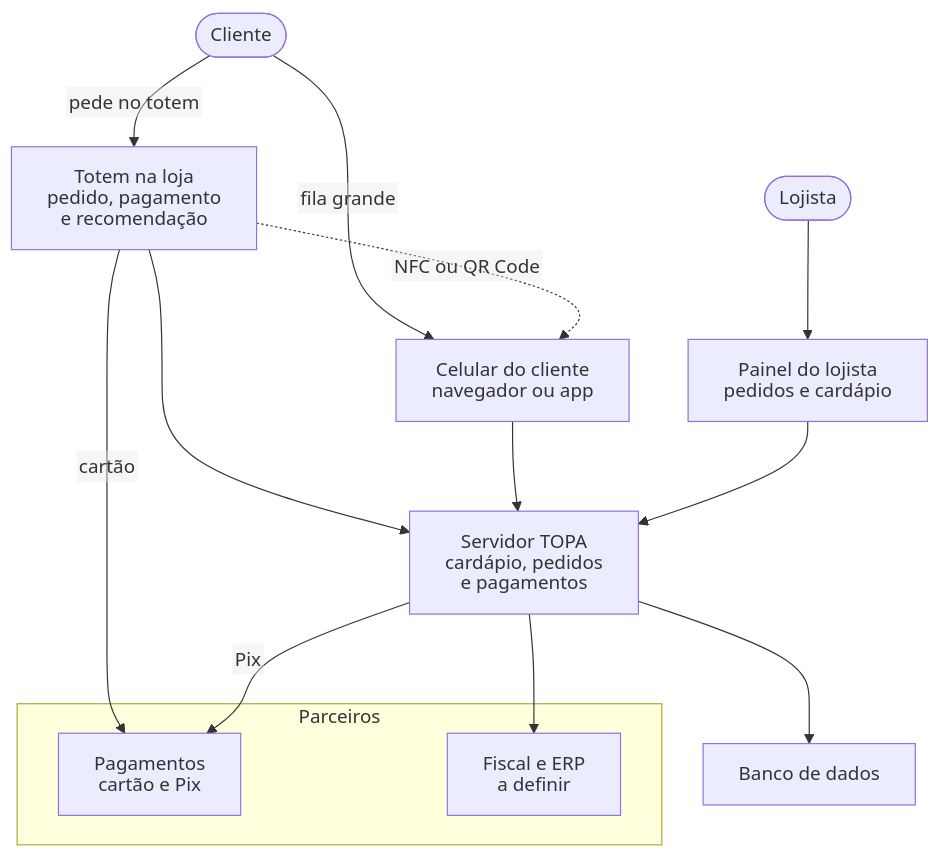
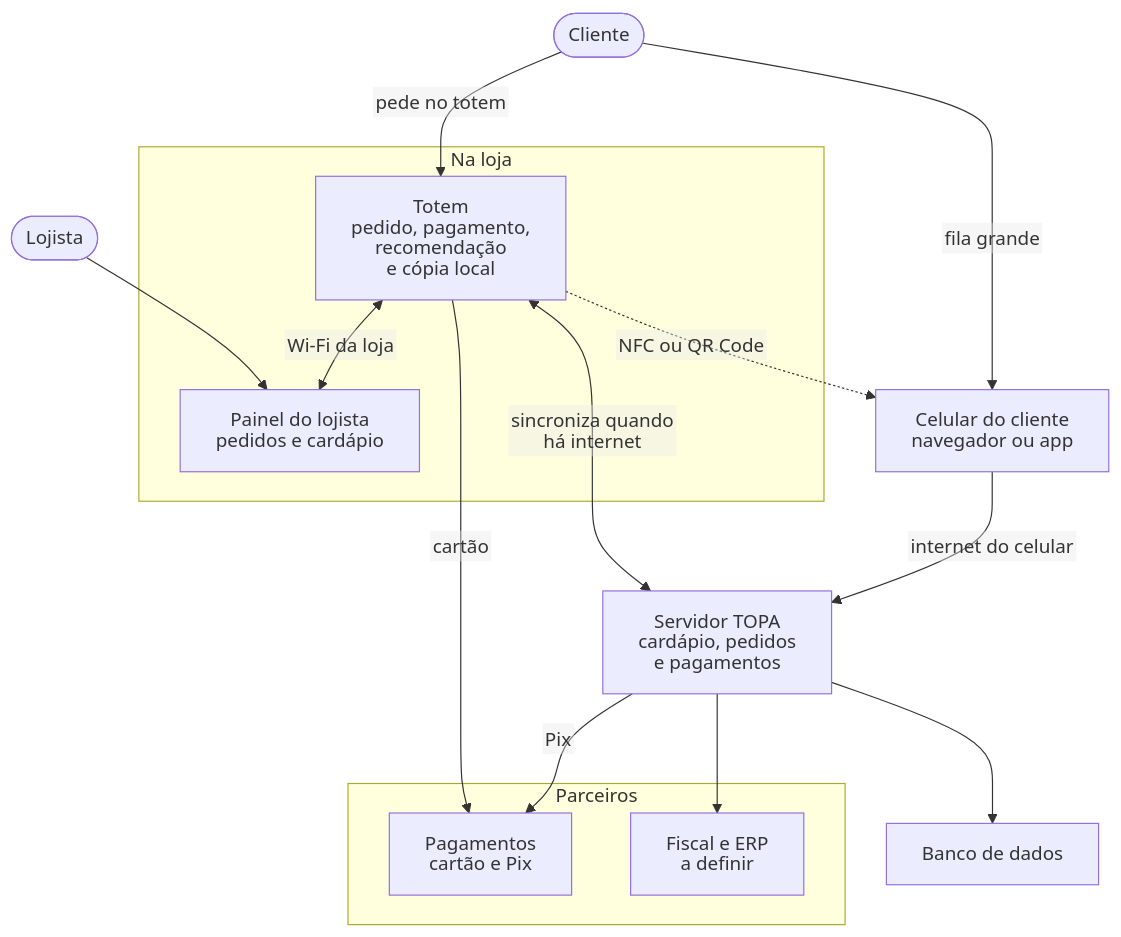
Before and after one commit to kaualimadesouza/EI: the diagram in README.md, drawn with Mermaid. The commit also changed other lines of this file and 1 other file, not shown here.

Commit message:
docs: show how the store keeps selling without internet

````diff
--- a/README.md
+++ b/README.md
@@ -66,32 +66,35 @@
 ```mermaid
 %%{init: {"htmlLabels": false, "flowchart": {"htmlLabels": false}}}%%
 flowchart TB
     cliente(["Cliente"])
     lojista(["Lojista"])
 
-    totem["Totem na loja<br/>pedido, pagamento<br/>e recomendação"]
+    subgraph loja["Na loja"]
+        totem["Totem<br/>pedido, pagamento,<br/>recomendação<br/>e cópia local"]
+        painel["Painel do lojista<br/>pedidos e cardápio"]
+    end
+
     celular["Celular do cliente<br/>navegador ou app"]
-    painel["Painel do lojista<br/>pedidos e cardápio"]
 
     servidor["Servidor TOPA<br/>cardápio, pedidos<br/>e pagamentos"]
     banco["Banco de dados"]
 
     subgraph parceiros["Parceiros"]
         pagamentos["Pagamentos<br/>cartão e Pix"]
         fiscal["Fiscal e ERP<br/>a definir"]
     end
 
     cliente -- "pede no totem" --> totem
     cliente -- "fila grande" --> celular
     totem -. "NFC ou QR Code" .-> celular
     lojista --> painel
 
-    totem --> servidor
-    celular --> servidor
-    painel --> servidor
+    totem <-- "Wi-Fi da loja" --> painel
+    totem <-- "sincroniza quando<br/>há internet" --> servidor
+    celular -- "internet do celular" --> servidor
     servidor --> banco
 
     totem -- "cartão" --> pagamentos
     servidor -- "Pix" --> pagamentos
     servidor --> fiscal
 ```
````
